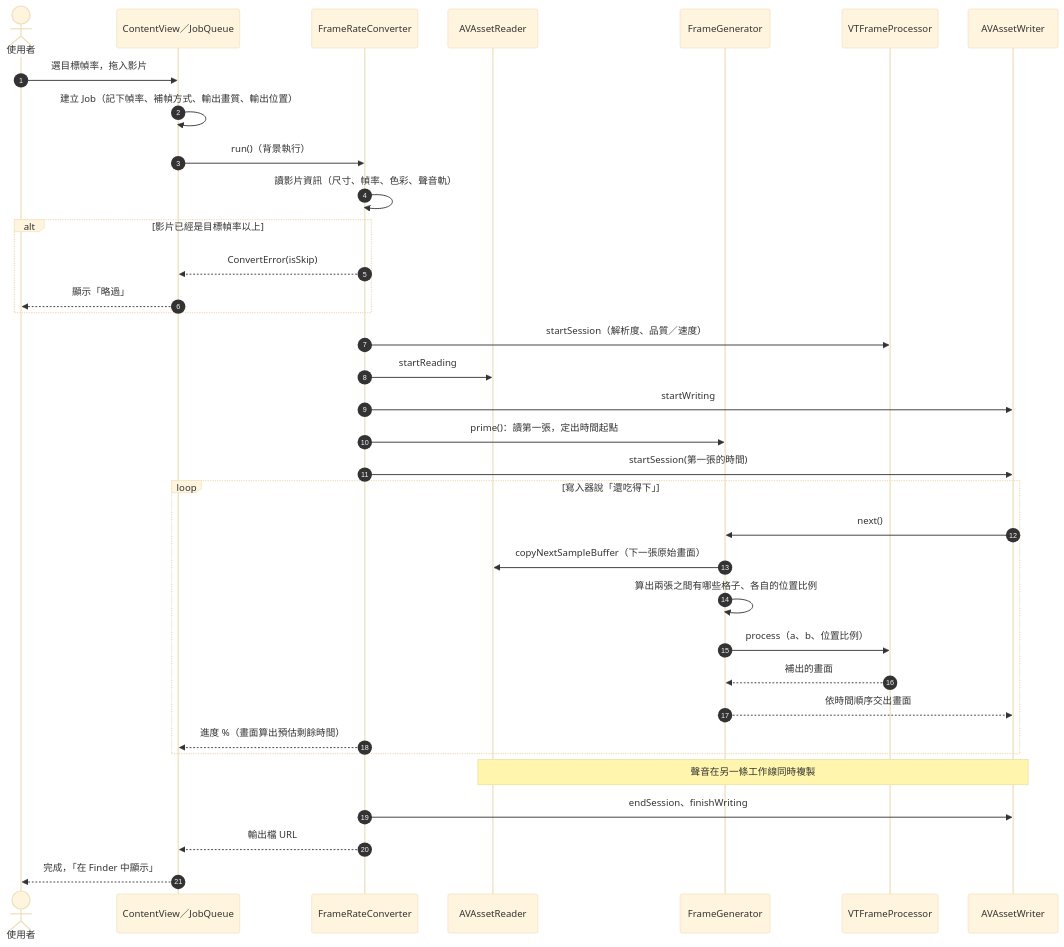
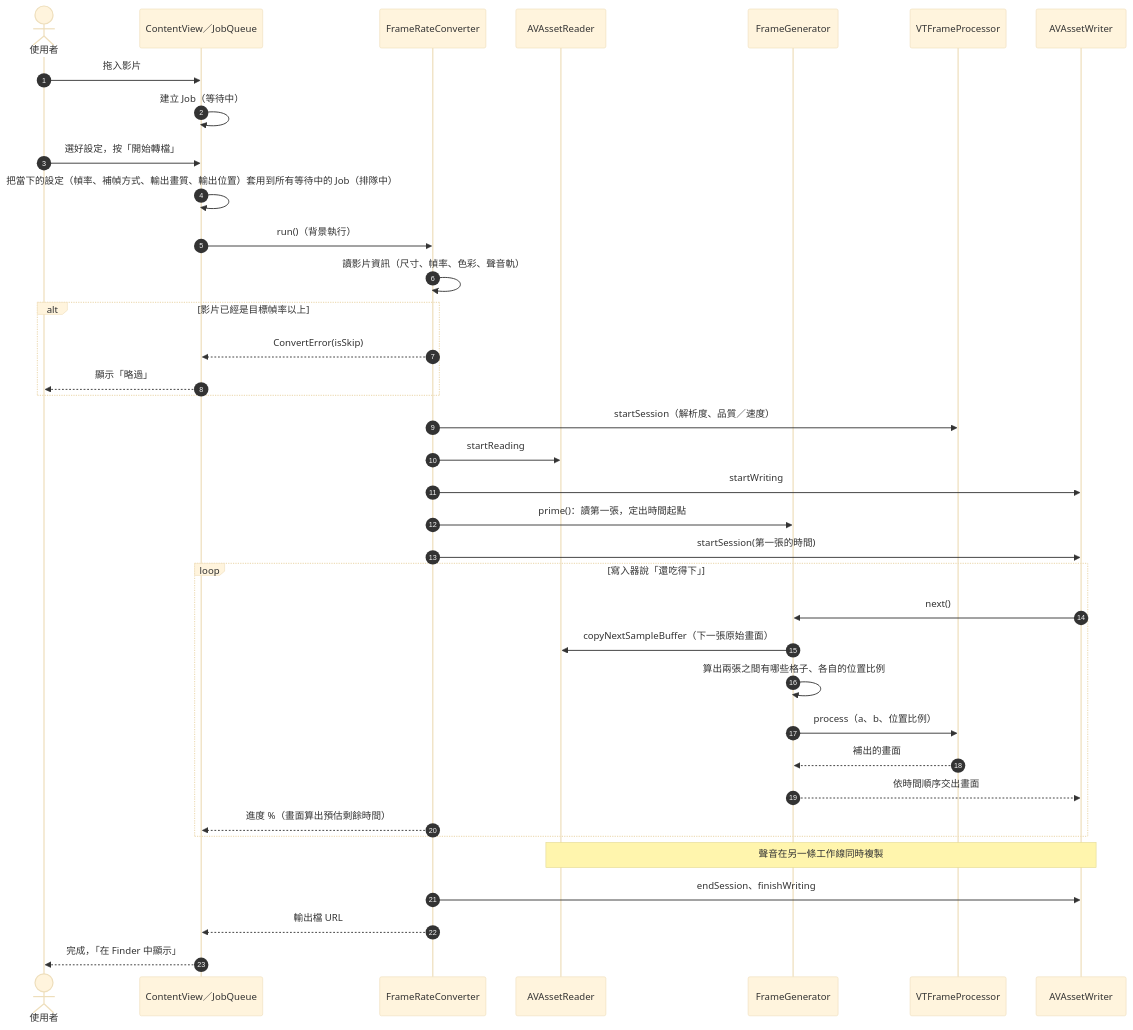
One commit to WebberningMoney/frame-booster changed the third of 6 diagrams in docs/ARCHITECTURE.md. Above: the diagram before and after it, drawn with Mermaid (base theme). The commit also changed other lines of this file and 10 other files, not shown here.

````diff
--- a/docs/ARCHITECTURE.md
+++ b/docs/ARCHITECTURE.md
@@ -152,38 +160,40 @@
 ```mermaid
 sequenceDiagram
     autonumber
     actor 使用者
     participant UI as ContentView／JobQueue
     participant C as FrameRateConverter
     participant R as AVAssetReader
     participant G as FrameGenerator
     participant AI as VTFrameProcessor
     participant W as AVAssetWriter
 
-    使用者->>UI: 選目標幀率，拖入影片
-    UI->>UI: 建立 Job（記下幀率、補幀方式、輸出畫質、輸出位置）
+    使用者->>UI: 拖入影片
+    UI->>UI: 建立 Job（等待中）
+    使用者->>UI: 選好設定，按「開始轉檔」
+    UI->>UI: 把當下的設定（幀率、補幀方式、輸出畫質、輸出位置）套用到所有等待中的 Job（排隊中）
     UI->>C: run()（背景執行）
     C->>C: 讀影片資訊（尺寸、幀率、色彩、聲音軌）
     alt 影片已經是目標幀率以上
         C-->>UI: ConvertError(isSkip)
         UI-->>使用者: 顯示「略過」
     end
     C->>AI: startSession（解析度、品質／速度）
     C->>R: startReading
     C->>W: startWriting
     C->>G: prime()：讀第一張，定出時間起點
     C->>W: startSession(第一張的時間)
     loop 寫入器說「還吃得下」
         W->>G: next()
         G->>R: copyNextSampleBuffer（下一張原始畫面）
         G->>G: 算出兩張之間有哪些格子、各自的位置比例
         G->>AI: process（a、b、位置比例）
         AI-->>G: 補出的畫面
         G-->>W: 依時間順序交出畫面
         C-->>UI: 進度 %（畫面算出預估剩餘時間）
     end
     Note over R,W: 聲音在另一條工作線同時複製
     C->>W: endSession、finishWriting
     C-->>UI: 輸出檔 URL
     UI-->>使用者: 完成，「在 Finder 中顯示」
 ```
````
